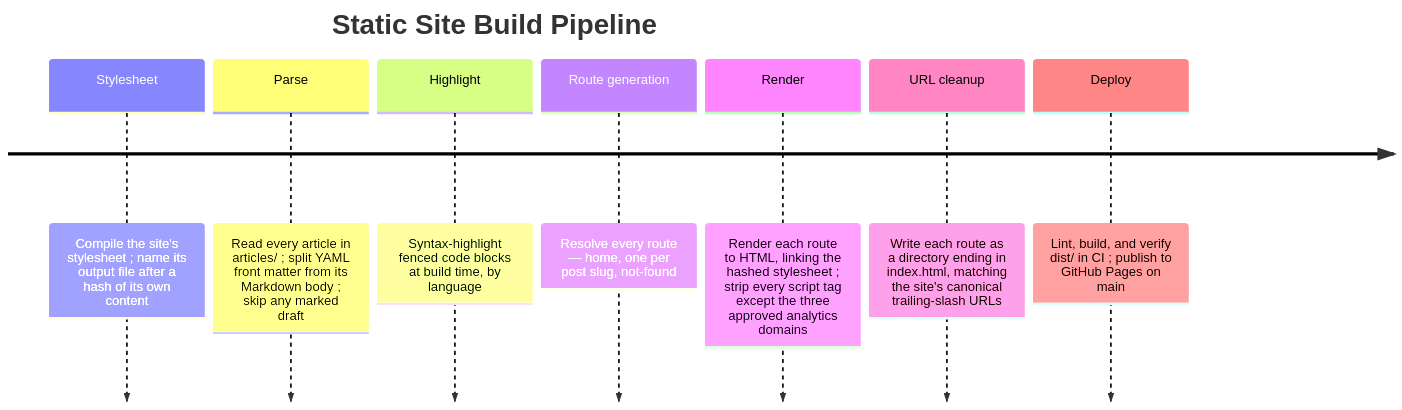
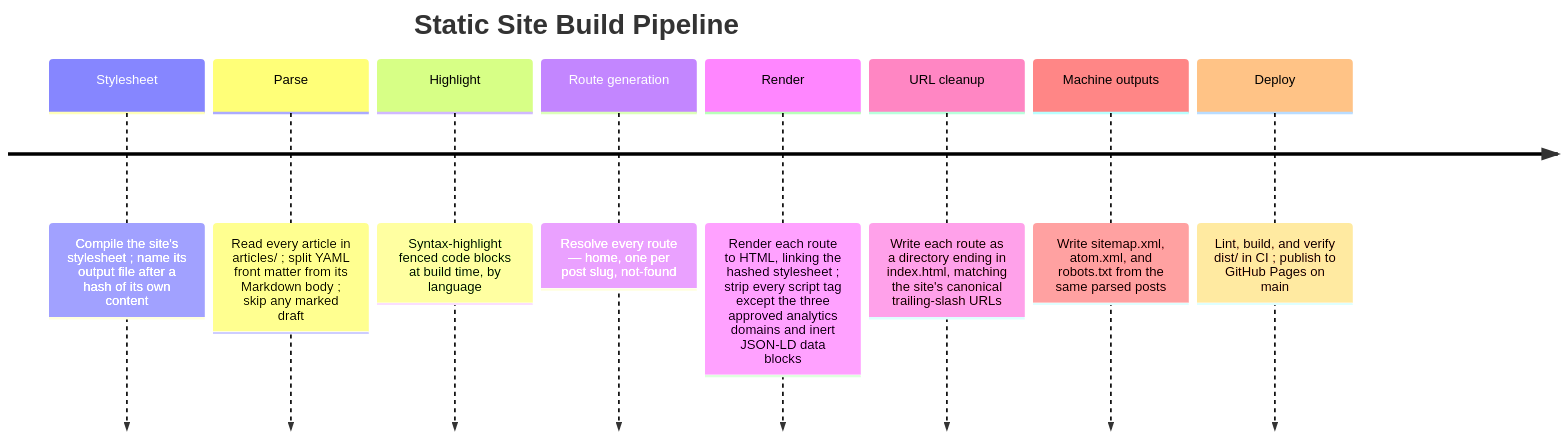
Before and after one commit to fugu13/site: the diagram in docs/architecture.md, drawn with Mermaid. The commit also changed other lines of this file and 17 other files, not shown here.

First line of the commit message:
Add SEO foundations: sitemap, feed, robots, metadata, JSON-LD

````diff
--- a/docs/architecture.md
+++ b/docs/architecture.md
@@ -26,11 +30,12 @@
 ```mermaid
 timeline
     title Static Site Build Pipeline
     Stylesheet : Compile the site's stylesheet ; name its output file after a hash of its own content
     Parse : Read every article in articles/ ; split YAML front matter from its Markdown body ; skip any marked draft
     Highlight : Syntax-highlight fenced code blocks at build time, by language
     Route generation : Resolve every route — home, one per post slug, not-found
-    Render : Render each route to HTML, linking the hashed stylesheet ; strip every script tag except the three approved analytics domains
+    Render : Render each route to HTML, linking the hashed stylesheet ; strip every script tag except the three approved analytics domains and inert JSON-LD data blocks
     URL cleanup : Write each route as a directory ending in index.html, matching the site's canonical trailing-slash URLs
+    Machine outputs : Write sitemap.xml, atom.xml, and robots.txt from the same parsed posts
     Deploy : Lint, build, and verify dist/ in CI ; publish to GitHub Pages on main
 ```
````
